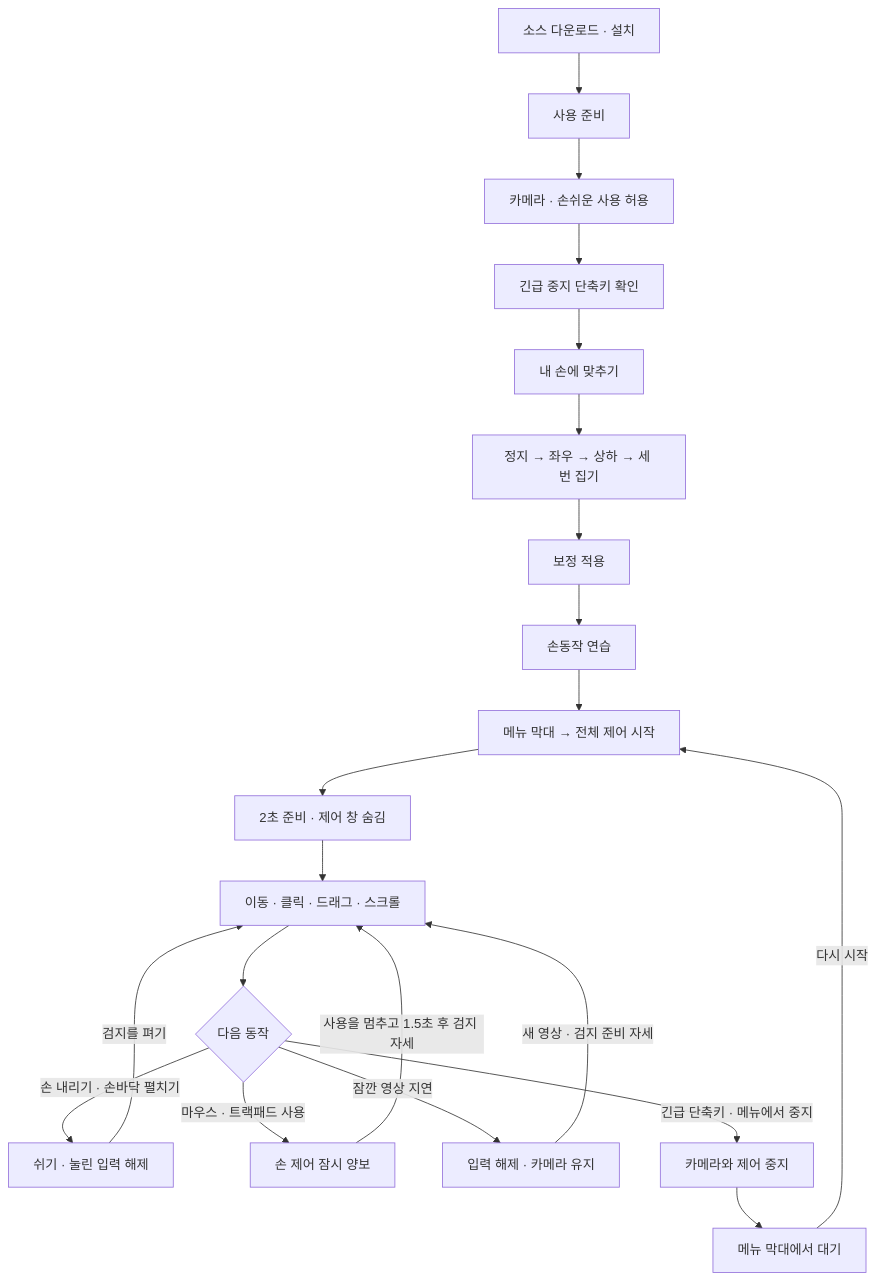
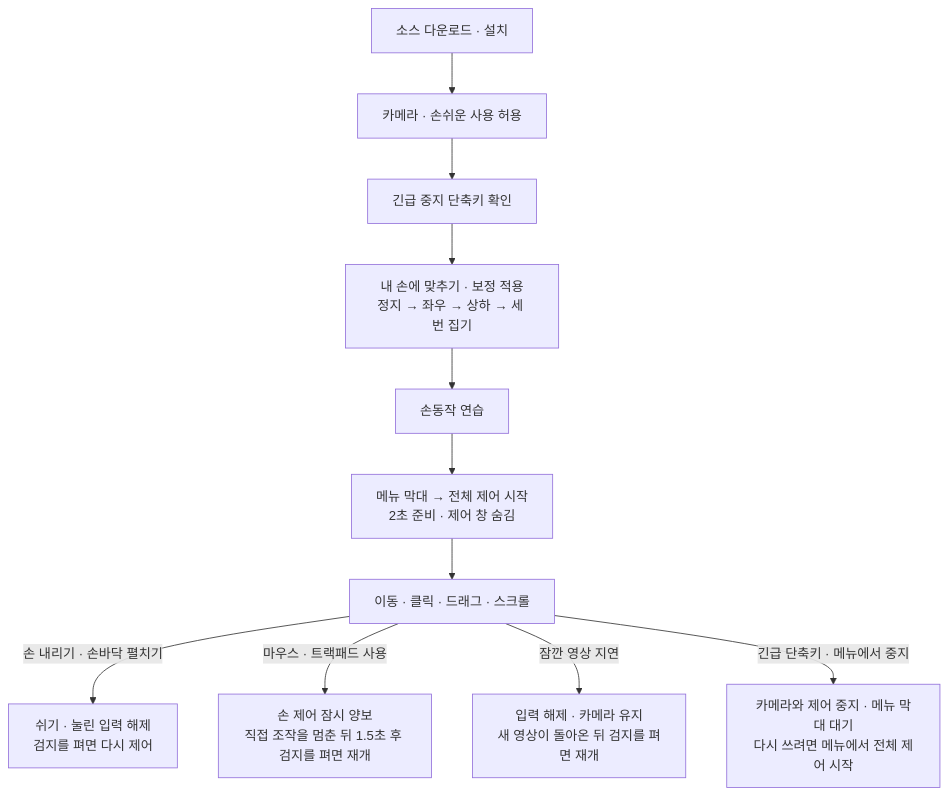
Before and after one commit to dusen0528/AirTouch: the diagram in README.md, drawn with Mermaid.

Commit message:
문서(v0.4.6·사용흐름): GitHub 흐름도 렌더링 오류 수정

````diff
--- a/README.md
+++ b/README.md
@@ -130,23 +130,13 @@
 ```mermaid
 flowchart TD
-    A[소스 다운로드 · 설치] --> B[사용 준비]
-    B --> C[카메라 · 손쉬운 사용 허용]
-    C --> D[긴급 중지 단축키 확인]
-    D --> E[내 손에 맞추기]
-    E --> E1[정지 → 좌우 → 상하 → 세 번 집기]
-    E1 --> E2[보정 적용]
-    E2 --> F[손동작 연습]
-    F --> G[메뉴 막대 → 전체 제어 시작]
-    G --> H[2초 준비 · 제어 창 숨김]
-    H --> I[이동 · 클릭 · 드래그 · 스크롤]
-    I --> J{다음 동작}
-    J -->|손 내리기 · 손바닥 펼치기| K[쉬기 · 눌린 입력 해제]
-    K -->|검지를 펴기| I
-    J -->|마우스 · 트랙패드 사용| L[손 제어 잠시 양보]
-    L -->|사용을 멈추고 1.5초 후 검지 자세| I
-    J -->|잠깐 영상 지연| O[입력 해제 · 카메라 유지]
-    O -->|새 영상 · 검지 준비 자세| I
-    J -->|긴급 단축키 · 메뉴에서 중지| M[카메라와 제어 중지]
-    M --> N[메뉴 막대에서 대기]
-    N -->|다시 시작| G
+    A["소스 다운로드 · 설치"] --> B["카메라 · 손쉬운 사용 허용"]
+    B --> C["긴급 중지 단축키 확인"]
+    C --> D["내 손에 맞추기 · 보정 적용<br/>정지 → 좌우 → 상하 → 세 번 집기"]
+    D --> E["손동작 연습"]
+    E --> F["메뉴 막대 → 전체 제어 시작<br/>2초 준비 · 제어 창 숨김"]
+    F --> G["이동 · 클릭 · 드래그 · 스크롤"]
+    G -->|"손 내리기 · 손바닥 펼치기"| H["쉬기 · 눌린 입력 해제<br/>검지를 펴면 다시 제어"]
+    G -->|"마우스 · 트랙패드 사용"| I["손 제어 잠시 양보<br/>직접 조작을 멈춘 뒤 1.5초 후 검지를 펴면 재개"]
+    G -->|"잠깐 영상 지연"| J["입력 해제 · 카메라 유지<br/>새 영상이 돌아온 뒤 검지를 펴면 재개"]
+    G -->|"긴급 단축키 · 메뉴에서 중지"| K["카메라와 제어 중지 · 메뉴 막대 대기<br/>다시 쓰려면 메뉴에서 전체 제어 시작"]
 ```
````
